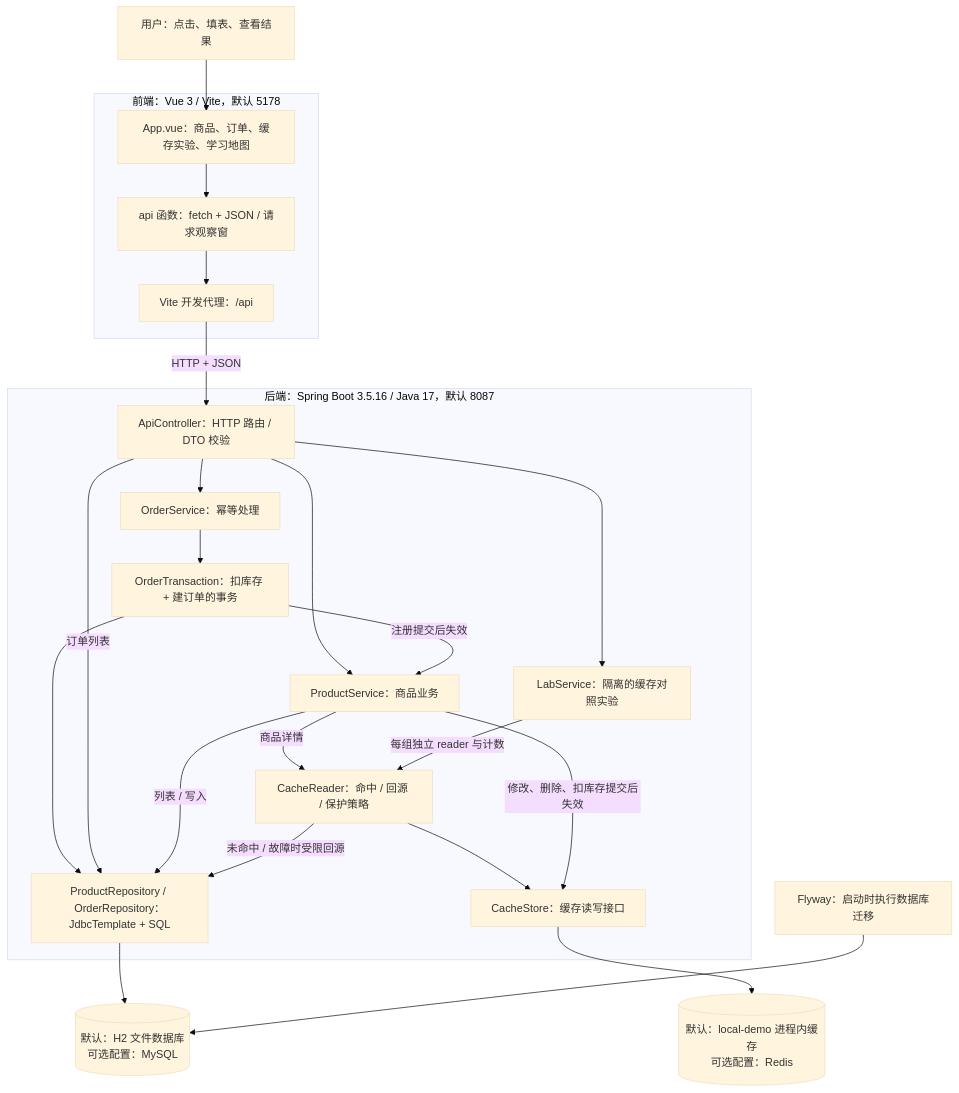
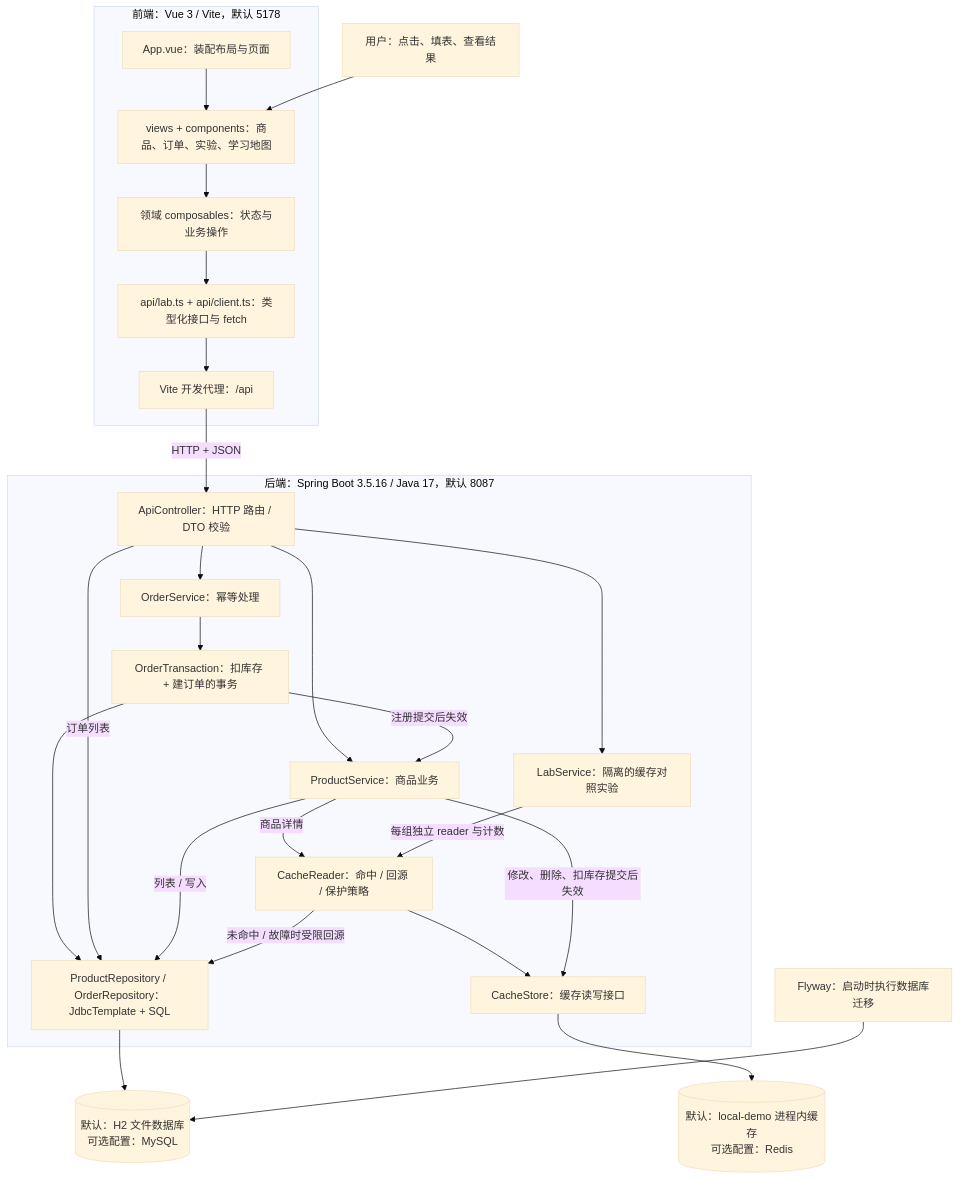
One commit to liangzhao346/fullstack-learning-lab changed the second of 3 diagrams in docs/architecture.md. Above: the diagram before and after it, drawn with Mermaid (base theme). The commit also changed other lines of this file and 50 other files, not shown here.

````diff
--- a/docs/architecture.md
+++ b/docs/architecture.md
@@ -82,39 +84,41 @@
 ```mermaid
 flowchart TB
     User["用户：点击、填表、查看结果"]
     subgraph Frontend["前端：Vue 3 / Vite，默认 5178"]
-        View["App.vue：商品、订单、缓存实验、学习地图"]
-        API["api 函数：fetch + JSON / 请求观察窗"]
+        Entry["App.vue：装配布局与页面"]
+        View["views + components：商品、订单、实验、学习地图"]
+        State["领域 composables：状态与业务操作"]
+        API["api/lab.ts + api/client.ts：类型化接口与 fetch"]
         Proxy["Vite 开发代理：/api"]
-        View --> API --> Proxy
+        Entry --> View --> State --> API --> Proxy
     end
     subgraph Backend["后端：Spring Boot 3.5.16 / Java 17，默认 8087"]
         Controller["ApiController：HTTP 路由 / DTO 校验"]
         Products["ProductService：商品业务"]
         Orders["OrderService：幂等处理"]
         Transaction["OrderTransaction：扣库存 + 建订单的事务"]
         Labs["LabService：隔离的缓存对照实验"]
         Reader["CacheReader：命中 / 回源 / 保护策略"]
         Store["CacheStore：缓存读写接口"]
         Repo["ProductRepository / OrderRepository：JdbcTemplate + SQL"]
         Controller --> Products
         Controller --> Orders --> Transaction --> Repo
         Controller -->|"订单列表"| Repo
         Controller --> Labs
         Products -->|"列表 / 写入"| Repo
         Products -->|"商品详情"| Reader
         Labs -->|"每组独立 reader 与计数"| Reader
         Reader --> Store
         Reader -->|"未命中 / 故障时受限回源"| Repo
         Products -->|"修改、删除、扣库存提交后失效"| Store
         Transaction -->|"注册提交后失效"| Products
     end
     DB[("默认：H2 文件数据库<br/>可选配置：MySQL")]
     Cache[("默认：local-demo 进程内缓存<br/>可选配置：Redis")]
     Flyway["Flyway：启动时执行数据库迁移"]
     User --> View
     Proxy -->|"HTTP + JSON"| Controller
     Repo --> DB
     Store --> Cache
     Flyway --> DB
 ```
````
